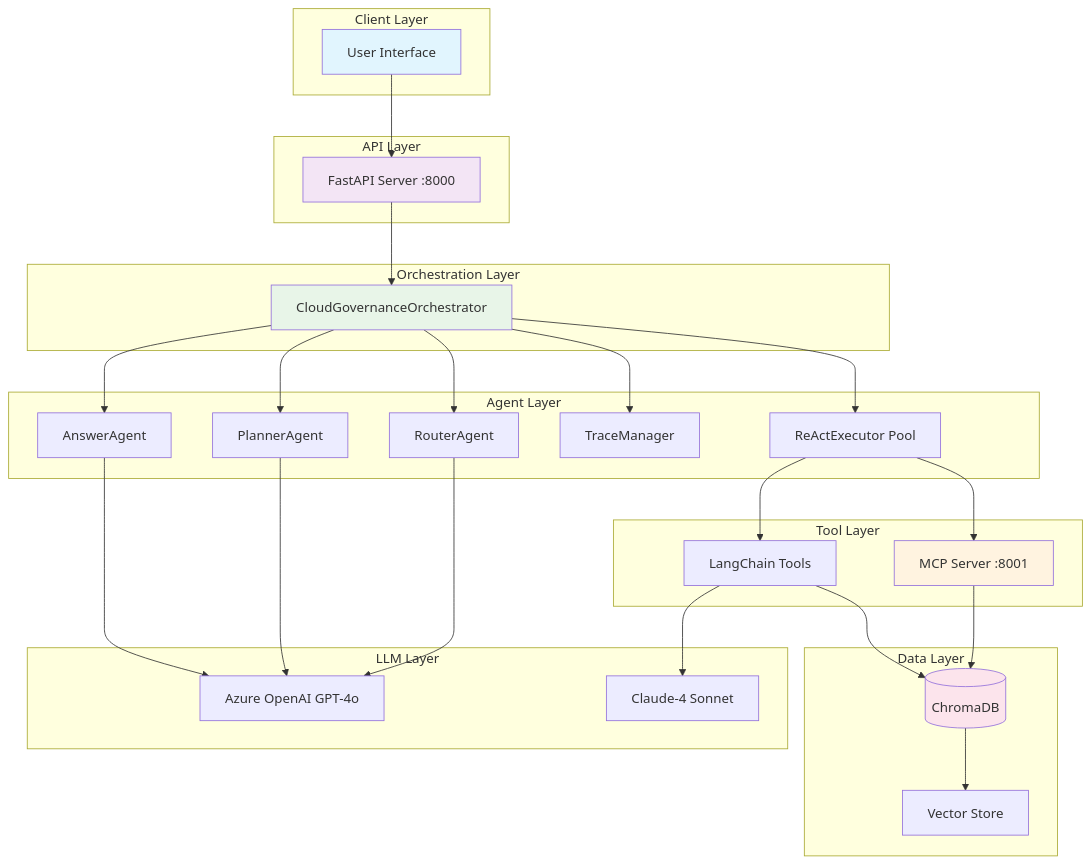
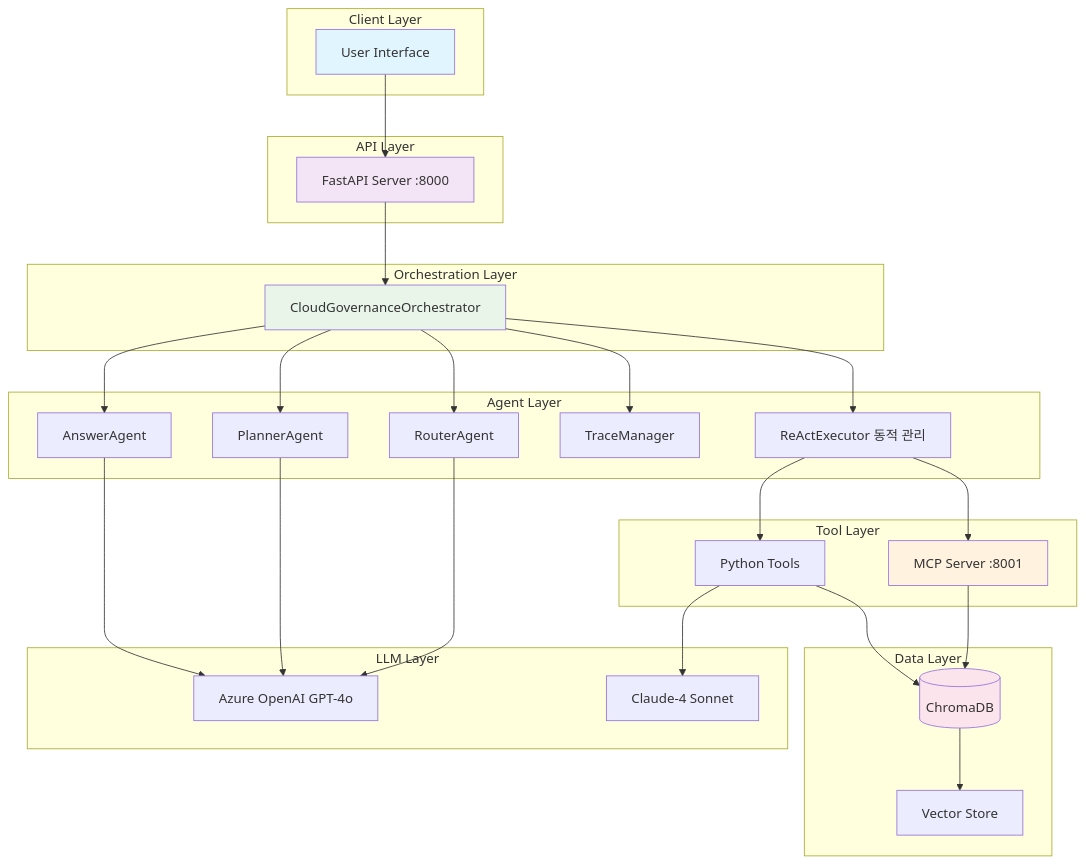
One commit to Qulip/CloudRegiX changed the third of 3 diagrams in docs/api_server_analysis.md. Above: the diagram before and after it, drawn with Mermaid. The commit also changed other lines of this file and 2 other files, not shown here.

````diff
--- a/docs/api_server_analysis.md
+++ b/docs/api_server_analysis.md
@@ -373,62 +377,62 @@
 ```mermaid
 graph TB
     subgraph "Client Layer"
         U[User Interface]
     end
 
     subgraph "API Layer"
         API[FastAPI Server :8000]
     end
 
     subgraph "Orchestration Layer"
         ORCH[CloudGovernanceOrchestrator]
     end
 
     subgraph "Agent Layer"
         RA[RouterAgent]
         PA[PlannerAgent]
-        REA[ReActExecutor Pool]
+        REA[ReActExecutor 동적 관리]
         TMA[TraceManager]
         AA[AnswerAgent]
     end
 
     subgraph "Tool Layer"
         MCP[MCP Server :8001]
-        LCT[LangChain Tools]
+        PYT[Python Tools]
     end
 
     subgraph "Data Layer"
         CDB[(ChromaDB)]
         VEC[Vector Store]
     end
 
     subgraph "LLM Layer"
         AOAI[Azure OpenAI GPT-4o]
         CLAUDE[Claude-4 Sonnet]
     end
 
     U --> API
     API --> ORCH
     ORCH --> RA
     ORCH --> PA
     ORCH --> REA
     ORCH --> TMA
     ORCH --> AA
 
     REA --> MCP
-    REA --> LCT
+    REA --> PYT
     MCP --> CDB
-    LCT --> CDB
+    PYT --> CDB
     CDB --> VEC
 
     RA --> AOAI
     PA --> AOAI
     AA --> AOAI
-    LCT --> CLAUDE
+    PYT --> CLAUDE
 
     style U fill:#e1f5fe
     style API fill:#f3e5f5
     style ORCH fill:#e8f5e8
     style MCP fill:#fff3e0
     style CDB fill:#fce4ec
 ```
````
